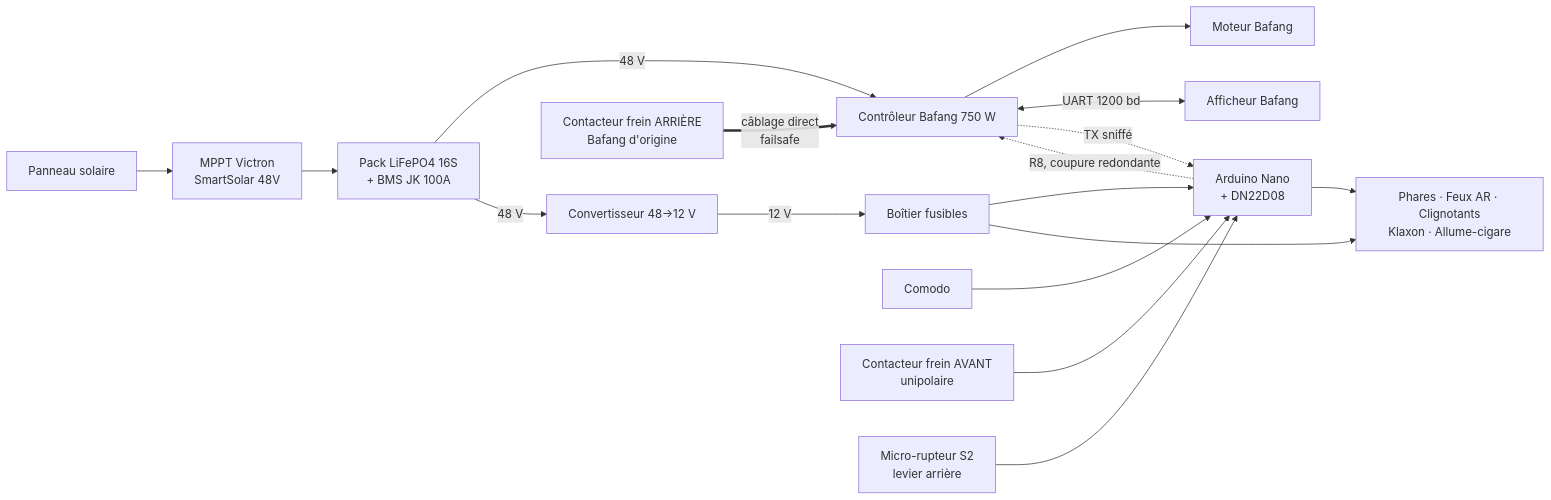
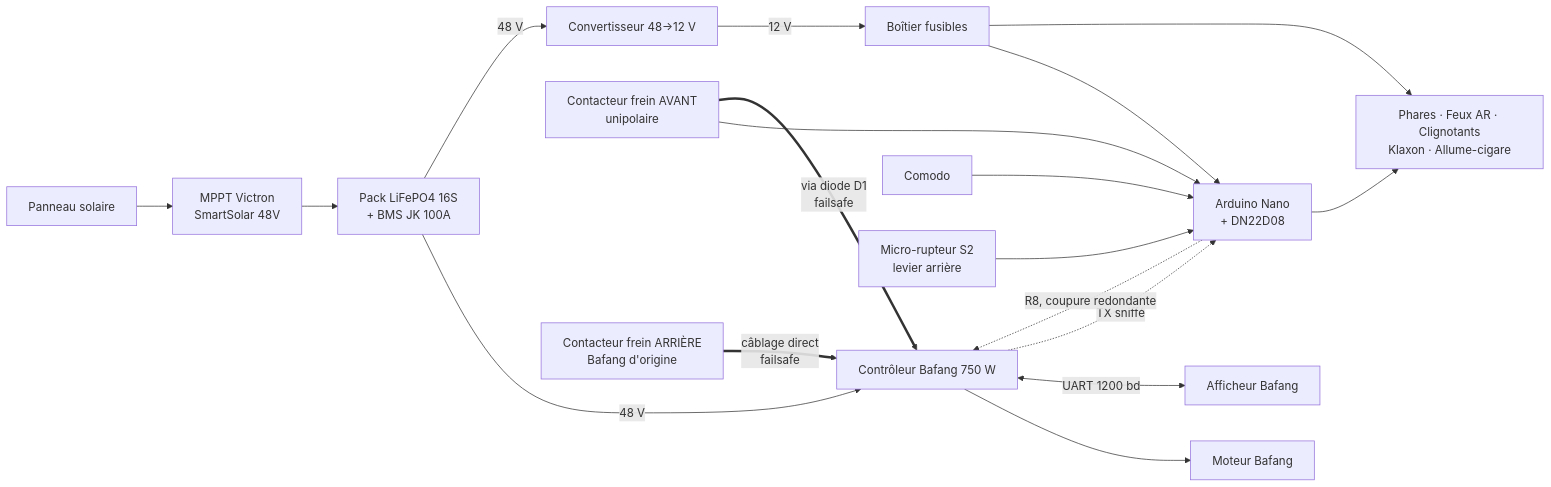
One commit to darkone-linux/vhelio-arduino changed the diagram in specs/00-vue-densemble.md. Above: the diagram before and after it, drawn with Mermaid. The commit also changed other lines of this file and 10 other files, not shown here.

````diff
--- a/specs/00-vue-densemble.md
+++ b/specs/00-vue-densemble.md
@@ -86,19 +85,20 @@
 ```mermaid
 flowchart LR
   PV[Panneau solaire] --> MPPT[MPPT Victron<br/>SmartSolar 48V]
   MPPT --> PACK[Pack LiFePO4 16S<br/>+ BMS JK 100A]
   PACK -->|48 V| CTRL[Contrôleur Bafang 750 W]
   PACK -->|48 V| CONV[Convertisseur 48→12 V]
   CTRL --> MOT[Moteur Bafang]
   CTRL <-->|UART 1200 bd| DISP[Afficheur Bafang]
   CTRL -.->|TX sniffé| NANO
   CONV -->|12 V| FUSE[Boîtier fusibles]
   FUSE --> NANO[Arduino Nano<br/>+ DN22D08]
   FUSE --> LOADS[Phares · Feux AR · Clignotants<br/>Klaxon · Allume-cigare]
   COMODO[Comodo] --> NANO
   BAV[Contacteur frein AVANT<br/>unipolaire] --> NANO
+  BAV ==>|via diode D1<br/>failsafe| CTRL
   BAR[Contacteur frein ARRIÈRE<br/>Bafang d'origine] ==>|câblage direct<br/>failsafe| CTRL
   S2[Micro-rupteur S2<br/>levier arrière] --> NANO
   NANO --> LOADS
   NANO -.->|R8, coupure redondante| CTRL
 ```
````
